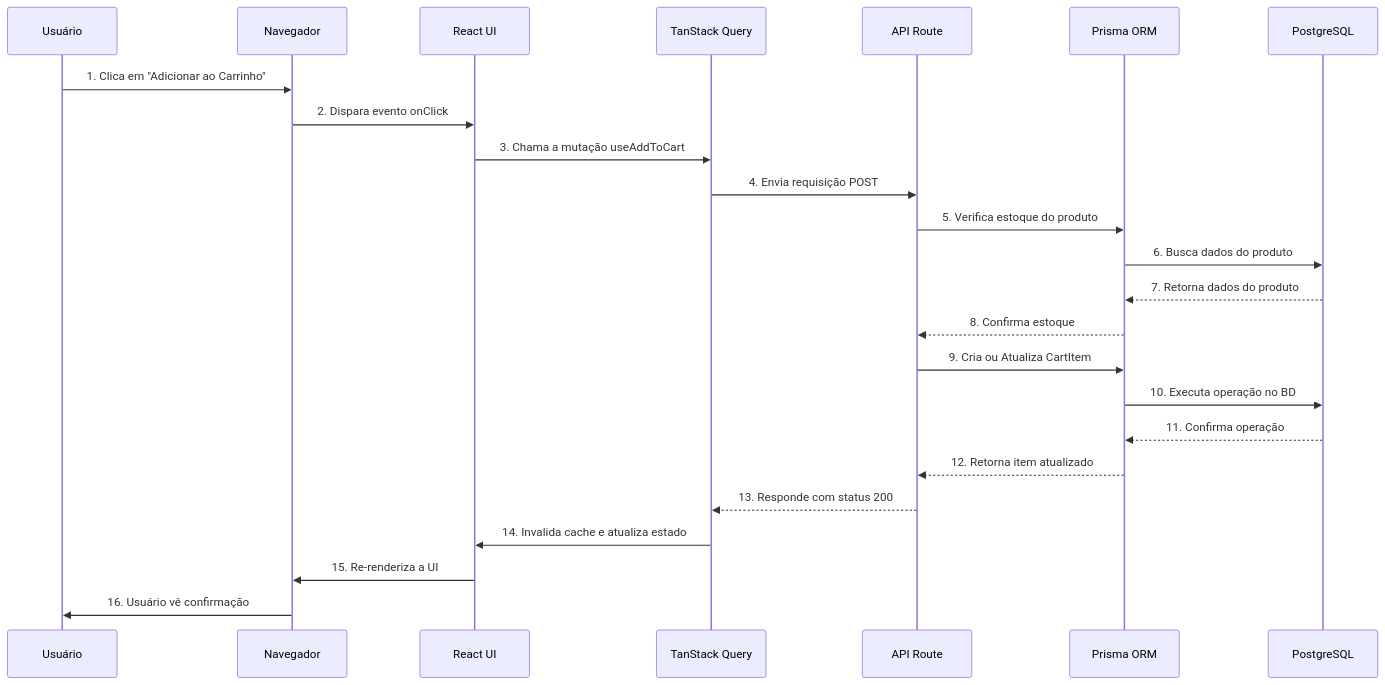
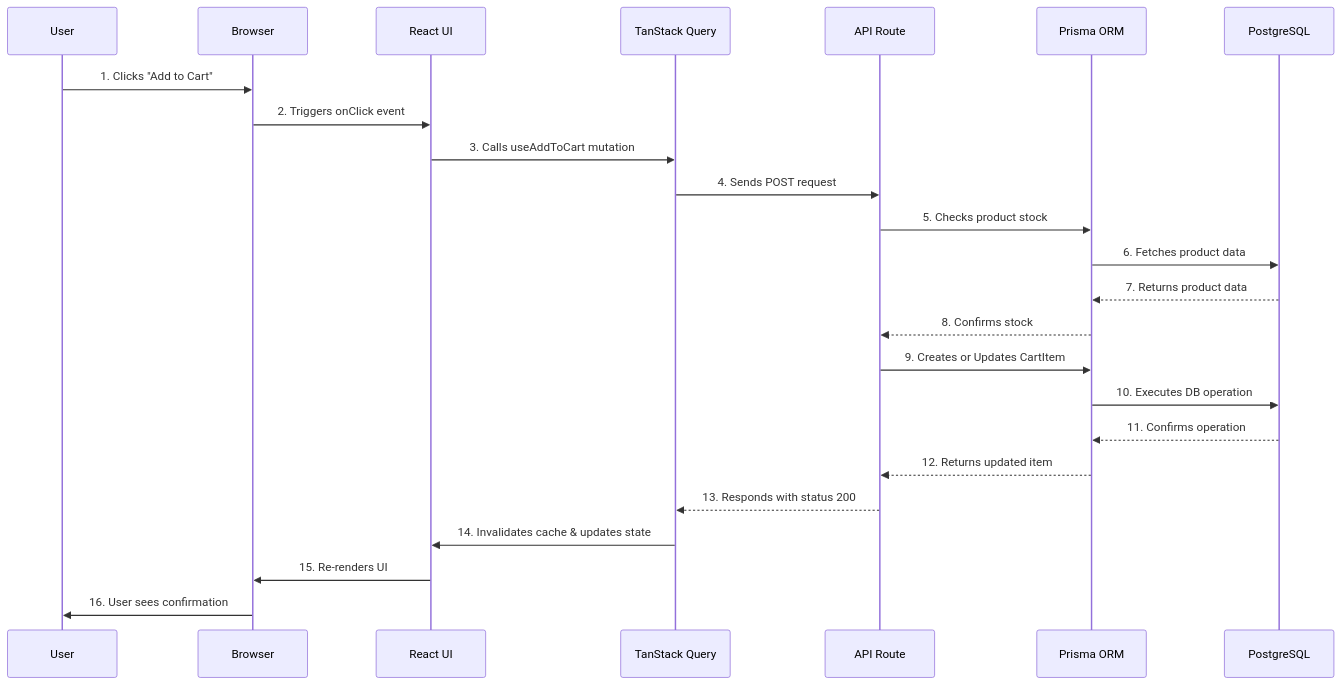
The third of 4 diagrams in PROJECT_OVERVIEW.md (ppconrado/modern-e-commerce), drawn with Mermaid before and after one commit. The commit also changed other lines of this file, not shown here.

Commit message:
fix(docs): translate project overview to English and enhance clarity in architecture descriptions

````diff
--- a/PROJECT_OVERVIEW.md
+++ b/PROJECT_OVERVIEW.md
@@ -161,27 +161,27 @@
 ```mermaid
 sequenceDiagram
-    participant User as Usuário
-    participant Browser as Navegador
+    participant User
+    participant Browser
     participant React as React UI
     participant TQuery as TanStack Query
     participant API as API Route
     participant Prisma as Prisma ORM
     participant DB as PostgreSQL
 
-    User->>Browser: 1. Clica em "Adicionar ao Carrinho"
-    Browser->>React: 2. Dispara evento onClick
-    React->>TQuery: 3. Chama a mutação useAddToCart
-    TQuery->>API: 4. Envia requisição POST
-    API->>Prisma: 5. Verifica estoque do produto
-    Prisma->>DB: 6. Busca dados do produto
-    DB-->>Prisma: 7. Retorna dados do produto
-    Prisma-->>API: 8. Confirma estoque
-    API->>Prisma: 9. Cria ou Atualiza CartItem
-    Prisma->>DB: 10. Executa operação no BD
-    DB-->>Prisma: 11. Confirma operação
-    Prisma-->>API: 12. Retorna item atualizado
-    API-->>TQuery: 13. Responde com status 200
-    TQuery->>React: 14. Invalida cache e atualiza estado
-    React->>Browser: 15. Re-renderiza a UI
-    Browser->>User: 16. Usuário vê confirmação
+    User->>Browser: 1. Clicks "Add to Cart"
+    Browser->>React: 2. Triggers onClick event
+    React->>TQuery: 3. Calls useAddToCart mutation
+    TQuery->>API: 4. Sends POST request
+    API->>Prisma: 5. Checks product stock
+    Prisma->>DB: 6. Fetches product data
+    DB-->>Prisma: 7. Returns product data
+    Prisma-->>API: 8. Confirms stock
+    API->>Prisma: 9. Creates or Updates CartItem
+    Prisma->>DB: 10. Executes DB operation
+    DB-->>Prisma: 11. Confirms operation
+    Prisma-->>API: 12. Returns updated item
+    API-->>TQuery: 13. Responds with status 200
+    TQuery->>React: 14. Invalidates cache & updates state
+    React->>Browser: 15. Re-renders UI
+    Browser->>User: 16. User sees confirmation
 ```
````
